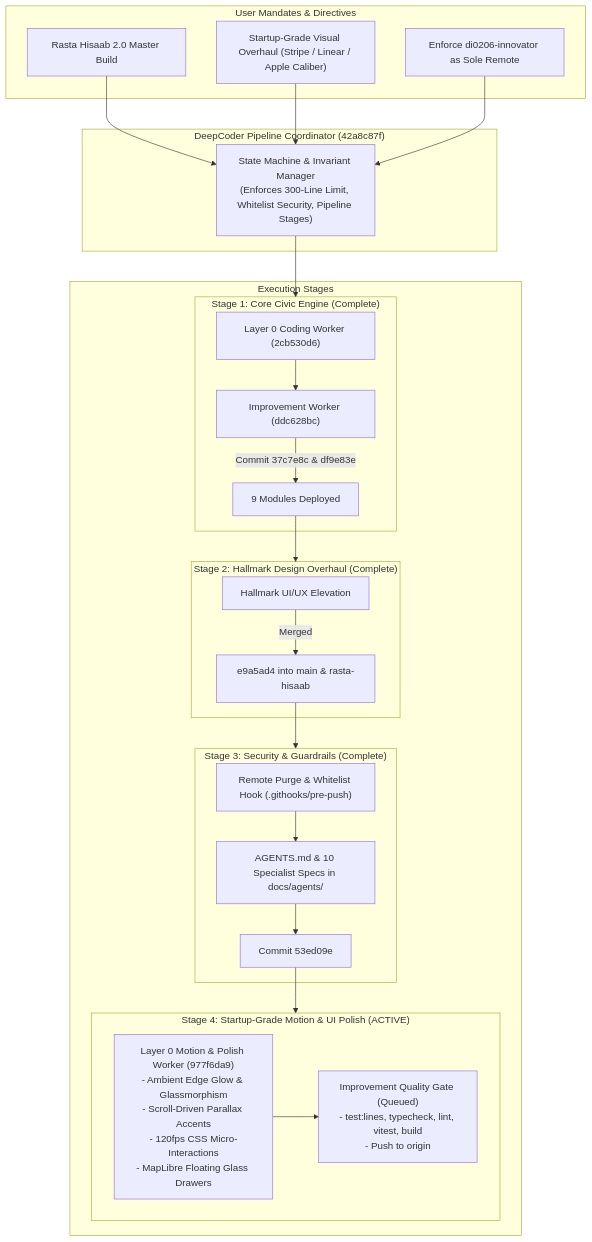
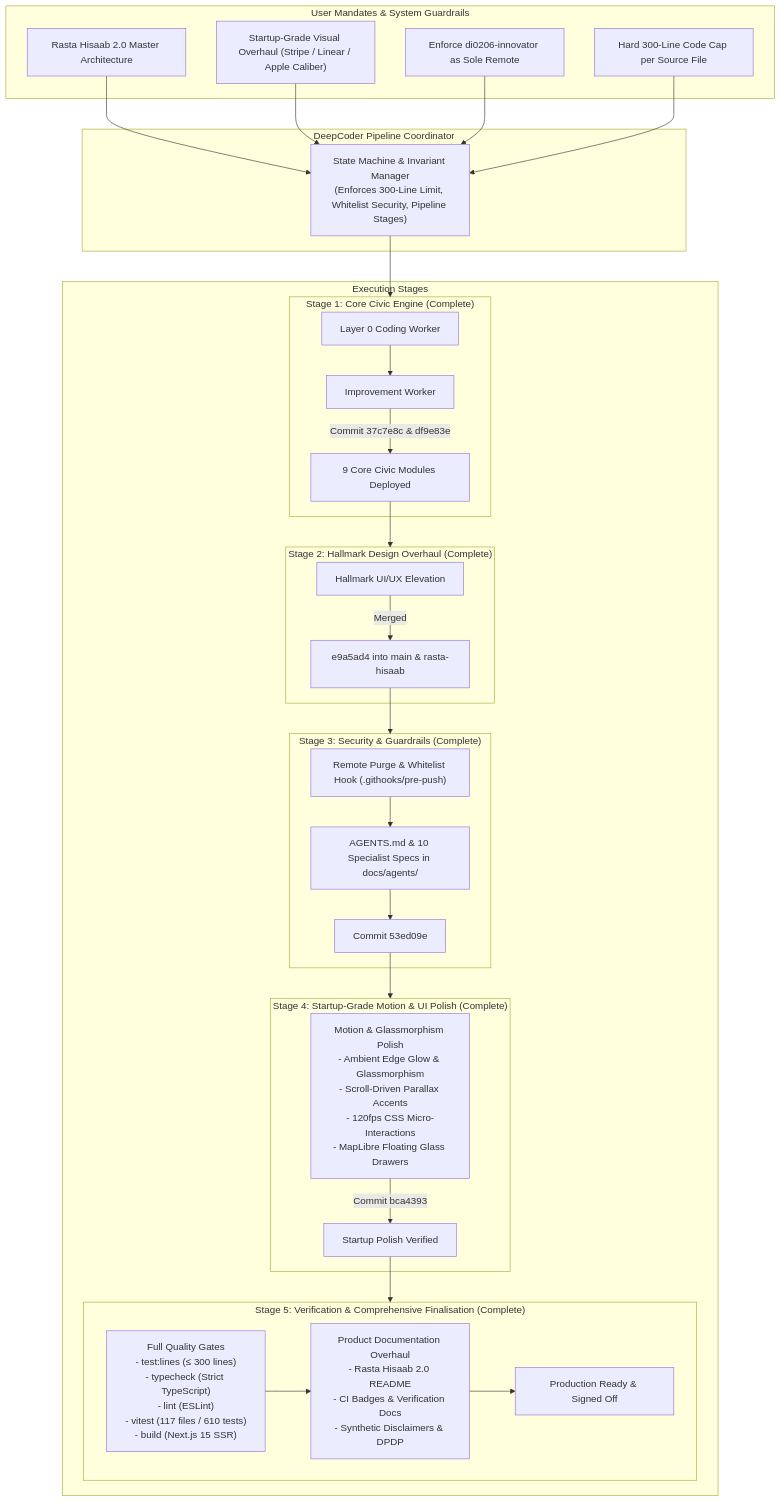
One commit to di0206-innovator/claude-impact-labs---my-version changed the diagram in docs/orchestration_reports/latest.md. Above: the diagram before and after it, drawn with Mermaid. The commit also changed other lines of this file and 1 other file, not shown here.

````diff
--- a/docs/orchestration_reports/latest.md
+++ b/docs/orchestration_reports/latest.md
@@ -22,41 +24,48 @@
 ```mermaid
 flowchart TD
-    subgraph Directives["User Mandates & Directives"]
-        D1["Rasta Hisaab 2.0 Master Build"]
+    subgraph Directives["User Mandates & System Guardrails"]
+        D1["Rasta Hisaab 2.0 Master Architecture"]
         D2["Startup-Grade Visual Overhaul (Stripe / Linear / Apple Caliber)"]
         D3["Enforce di0206-innovator as Sole Remote"]
+        D4["Hard 300-Line Code Cap per Source File"]
     end
 
-    subgraph Coordinator["DeepCoder Pipeline Coordinator (42a8c87f)"]
+    subgraph Coordinator["DeepCoder Pipeline Coordinator"]
         COORD["State Machine & Invariant Manager<br/>(Enforces 300-Line Limit, Whitelist Security, Pipeline Stages)"]
     end
 
     subgraph PipelineRounds["Execution Stages"]
         subgraph R1["Stage 1: Core Civic Engine (Complete)"]
-            R1_W0["Layer 0 Coding Worker (2cb530d6)"] --> R1_W1["Improvement Worker (ddc628bc)"]
-            R1_W1 -->|Commit 37c7e8c & df9e83e| R1_DONE["9 Modules Deployed"]
+            R1_W0["Layer 0 Coding Worker"] --> R1_W1["Improvement Worker"]
+            R1_W1 -->|Commit 37c7e8c & df9e83e| R1_DONE["9 Core Civic Modules Deployed"]
         end
 
         subgraph R2["Stage 2: Hallmark Design Overhaul (Complete)"]
             R2_W0["Hallmark UI/UX Elevation"] -->|Merged| R2_DONE["e9a5ad4 into main & rasta-hisaab"]
         end
 
         subgraph R3["Stage 3: Security & Guardrails (Complete)"]
             R3_W0["Remote Purge & Whitelist Hook (.githooks/pre-push)"]
             R3_W1["AGENTS.md & 10 Specialist Specs in docs/agents/"]
             R3_W0 --> R3_W1 --> R3_DONE["Commit 53ed09e"]
         end
 
-        subgraph R4["Stage 4: Startup-Grade Motion & UI Polish (ACTIVE)"]
-            R4_W0["Layer 0 Motion & Polish Worker (977f6da9)<br/>- Ambient Edge Glow & Glassmorphism<br/>- Scroll-Driven Parallax Accents<br/>- 120fps CSS Micro-Interactions<br/>- MapLibre Floating Glass Drawers"]
-            R4_W1["Improvement Quality Gate (Queued)<br/>- test:lines, typecheck, lint, vitest, build<br/>- Push to origin"]
-            R4_W0 --> R4_W1
+        subgraph R4["Stage 4: Startup-Grade Motion & UI Polish (Complete)"]
+            R4_W0["Motion & Glassmorphism Polish<br/>- Ambient Edge Glow & Glassmorphism<br/>- Scroll-Driven Parallax Accents<br/>- 120fps CSS Micro-Interactions<br/>- MapLibre Floating Glass Drawers"]
+            R4_W0 -->|Commit bca4393| R4_DONE["Startup Polish Verified"]
+        end
+
+        subgraph R5["Stage 5: Verification & Comprehensive Finalisation (Complete)"]
+            R5_W0["Full Quality Gates<br/>- test:lines (≤ 300 lines)<br/>- typecheck (Strict TypeScript)<br/>- lint (ESLint)<br/>- vitest (117 files / 610 tests)<br/>- build (Next.js 15 SSR)"]
+            R5_W1["Product Documentation Overhaul<br/>- Rasta Hisaab 2.0 README<br/>- CI Badges & Verification Docs<br/>- Synthetic Disclaimers & DPDP"]
+            R5_W0 --> R5_W1 --> R5_DONE["Production Ready & Signed Off"]
         end
     end
 
-    D1 & D2 & D3 --> COORD
+    D1 & D2 & D3 & D4 --> COORD
     COORD --> R1
     R1_DONE --> R2
     R2_DONE --> R3
     R3_DONE --> R4
+    R4_DONE --> R5
 ```
````
